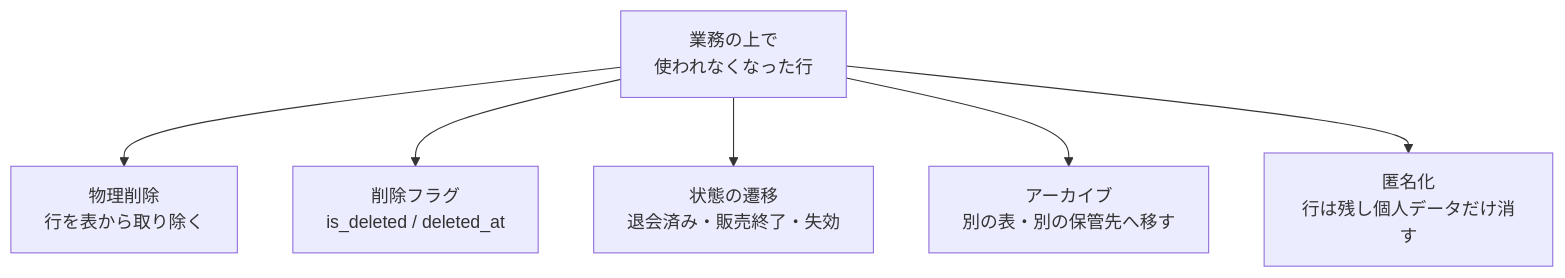
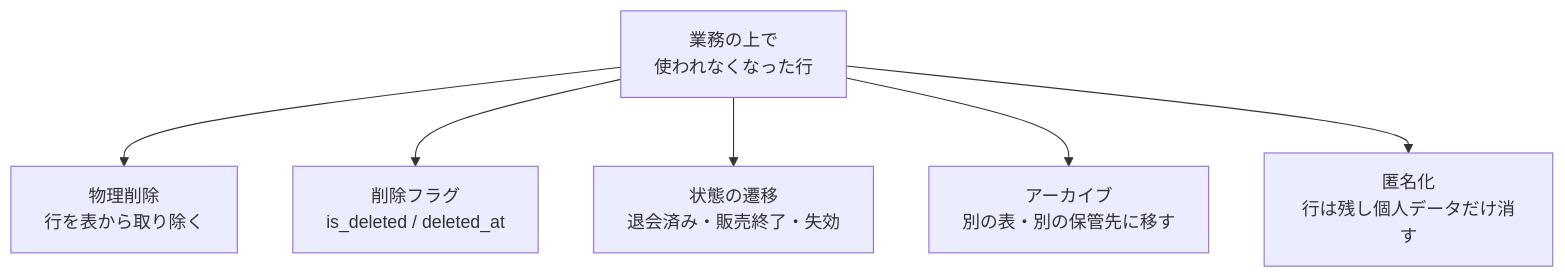
One commit to nao1215/debimate changed the first of 7 diagrams in content/notes/database-systems/soft-delete/index.md. Above: the diagram before and after it, drawn with Mermaid. The commit also changed other lines of this file and 46 other files, not shown here.

````diff
--- a/content/notes/database-systems/soft-delete/index.md
+++ b/content/notes/database-systems/soft-delete/index.md
@@ -16,8 +16,8 @@
 ```mermaid
 flowchart TD
     S["業務の上で<br/>使われなくなった行"] --> A["物理削除<br/>行を表から取り除く"]
     S --> B["削除フラグ<br/>is_deleted / deleted_at"]
     S --> C["状態の遷移<br/>退会済み・販売終了・失効"]
-    S --> D["アーカイブ<br/>別の表・別の保管先へ移す"]
+    S --> D["アーカイブ<br/>別の表・別の保管先に移す"]
     S --> E["匿名化<br/>行は残し個人データだけ消す"]
 ```
````
